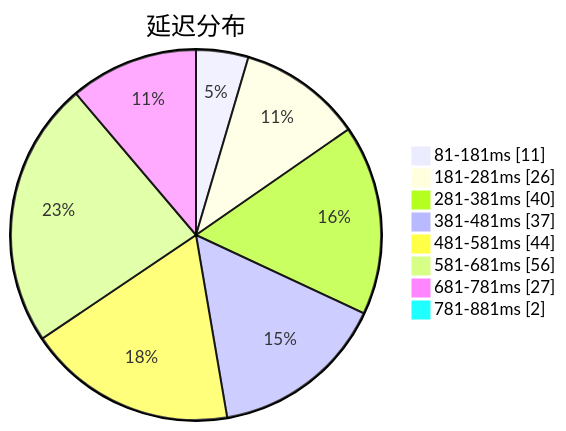
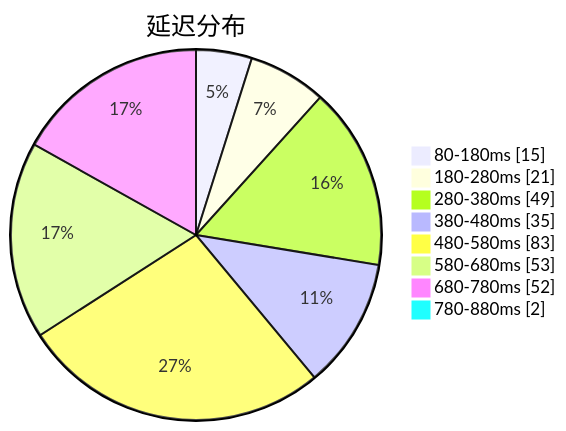
One commit to sinspired/airport changed the first of 3 diagrams in subs/statistics/tested_within.md. Above: the diagram before and after it, drawn with Mermaid. The commit also changed other lines of this file and 2 other files, not shown here.

````diff
--- a/subs/statistics/tested_within.md
+++ b/subs/statistics/tested_within.md
@@ -2,12 +2,12 @@
 ```mermaid
 pie showData
 title 延迟分布
-"81-181ms" : 11
-"181-281ms" : 26
-"281-381ms" : 40
-"381-481ms" : 37
-"481-581ms" : 44
-"581-681ms" : 56
-"681-781ms" : 27
-"781-881ms" : 2
+"80-180ms" : 15
+"180-280ms" : 21
+"280-380ms" : 49
+"380-480ms" : 35
+"480-580ms" : 83
+"580-680ms" : 53
+"680-780ms" : 52
+"780-880ms" : 2
 ```
````
